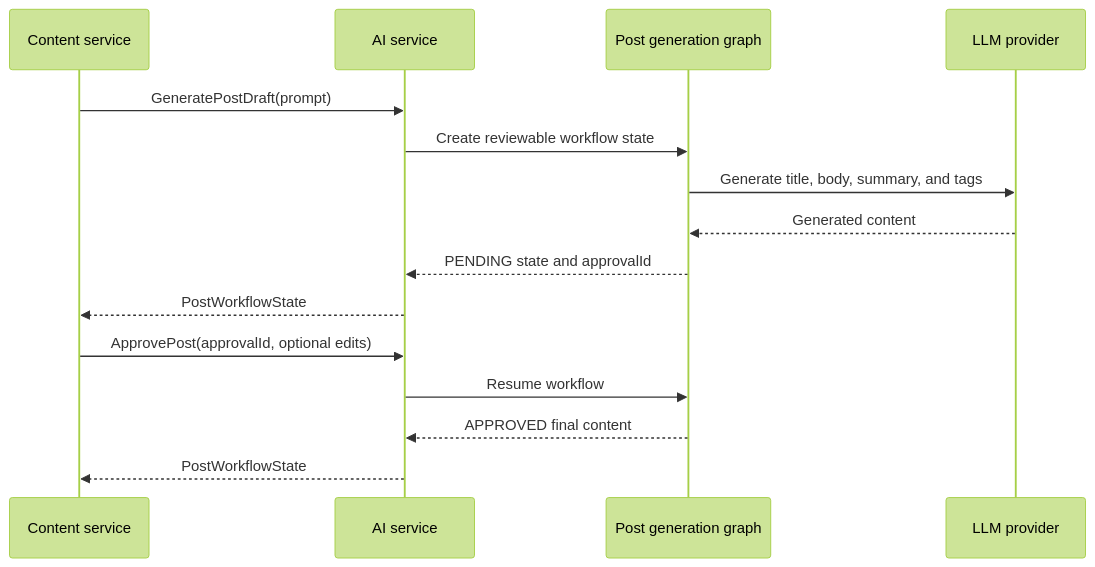
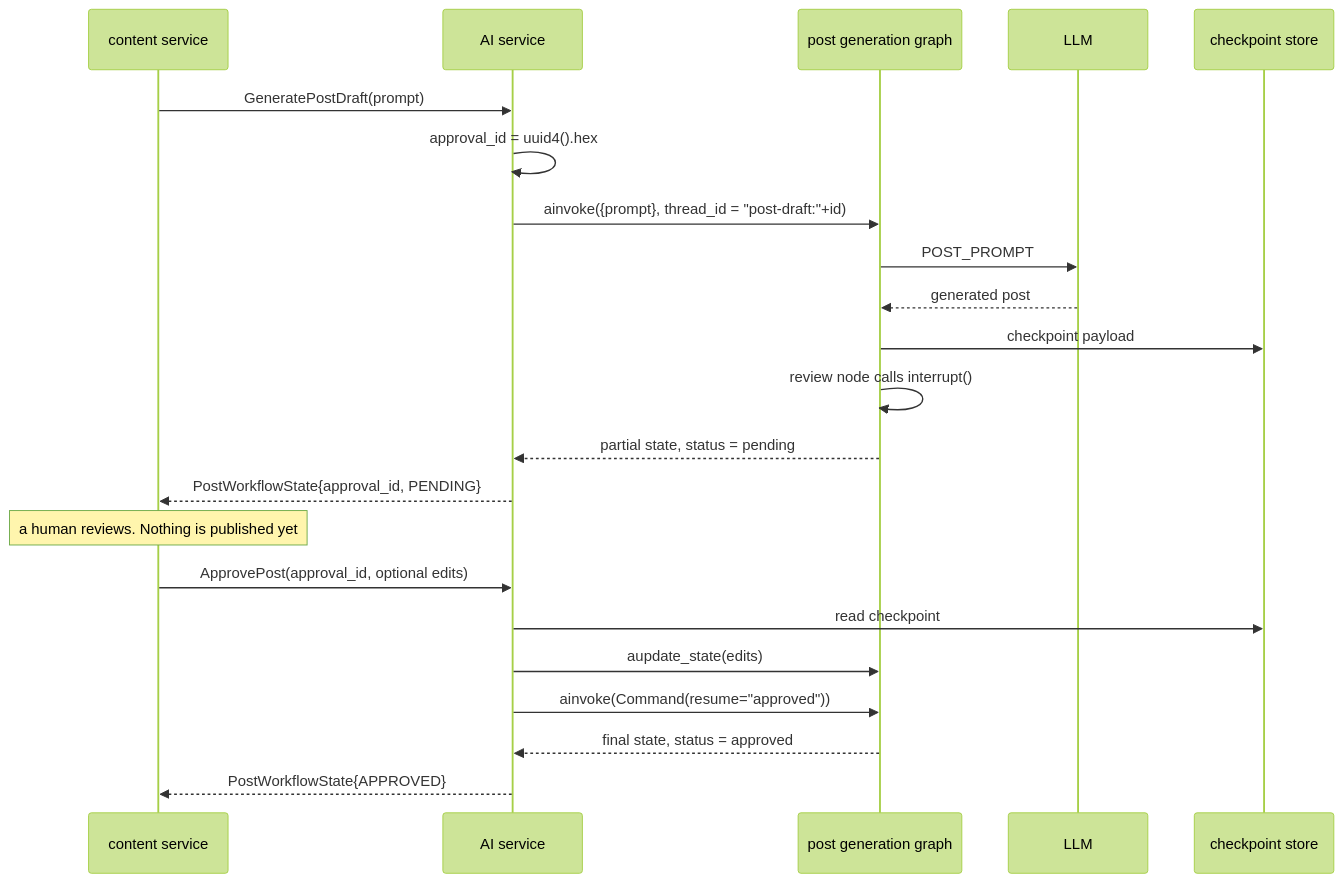
Before and after one commit to kunalPisolkar24/topos: the third of 5 diagrams in services/ai/docs/concepts/generation-and-review.md, drawn with Mermaid (forest theme). The commit also changed other lines of this file and 18 other files, not shown here.

````diff
--- a/services/ai/docs/concepts/generation-and-review.md
+++ b/services/ai/docs/concepts/generation-and-review.md
@@ -7,18 +107,27 @@
 ```mermaid
 sequenceDiagram
-    participant C as Content service
+    participant C as content service
     participant A as AI service
-    participant G as Post generation graph
-    participant L as LLM provider
+    participant G as post generation graph
+    participant L as LLM
+    participant DB as checkpoint store
 
     C->>A: GeneratePostDraft(prompt)
-    A->>G: Create reviewable workflow state
-    G->>L: Generate title, body, summary, and tags
-    L-->>G: Generated content
-    G-->>A: PENDING state and approvalId
-    A-->>C: PostWorkflowState
-    C->>A: ApprovePost(approvalId, optional edits)
-    A->>G: Resume workflow
-    G-->>A: APPROVED final content
-    A-->>C: PostWorkflowState
+    A->>A: approval_id = uuid4().hex
+    A->>G: ainvoke({prompt}, thread_id = "post-draft:"+id)
+    G->>L: POST_PROMPT
+    L-->>G: generated post
+    G->>DB: checkpoint payload
+    G->>G: review node calls interrupt()
+    G-->>A: partial state, status = pending
+    A-->>C: PostWorkflowState{approval_id, PENDING}
+
+    Note over C: a human reviews. Nothing is published yet
+
+    C->>A: ApprovePost(approval_id, optional edits)
+    A->>DB: read checkpoint
+    A->>G: aupdate_state(edits)
+    A->>G: ainvoke(Command(resume="approved"))
+    G-->>A: final state, status = approved
+    A-->>C: PostWorkflowState{APPROVED}
 ```
````
